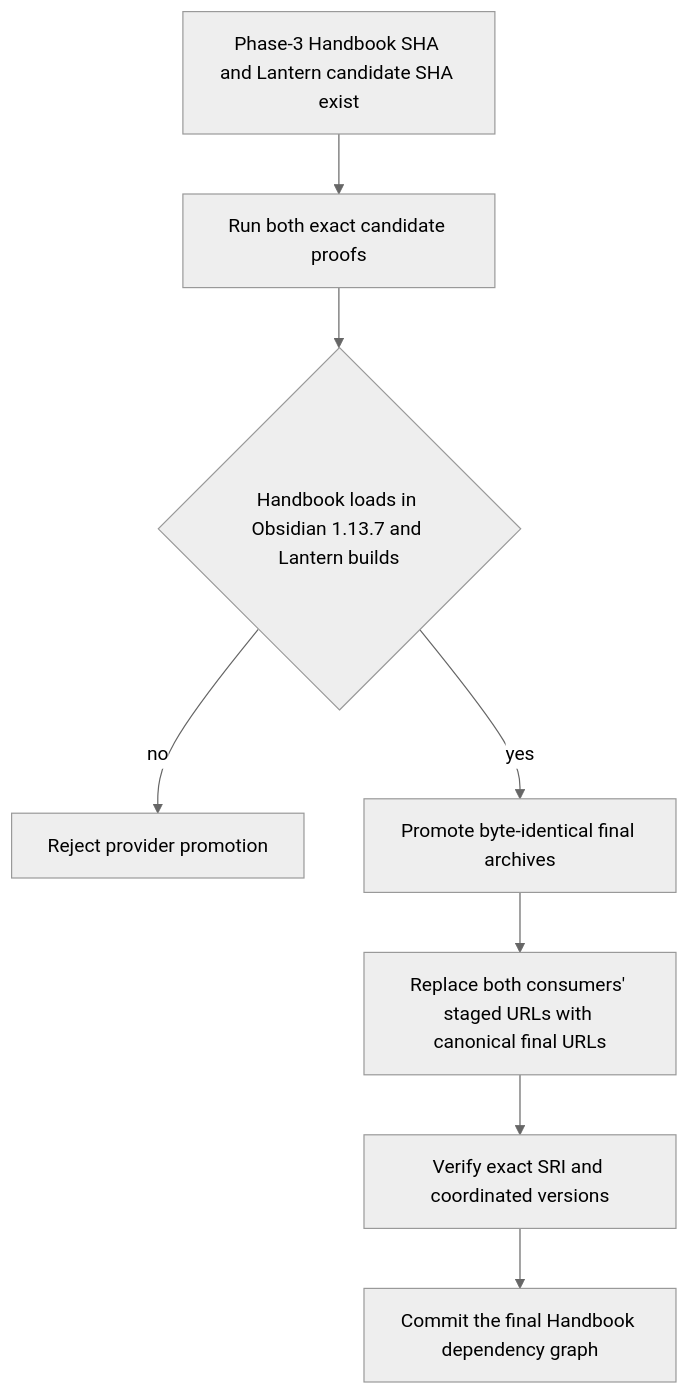
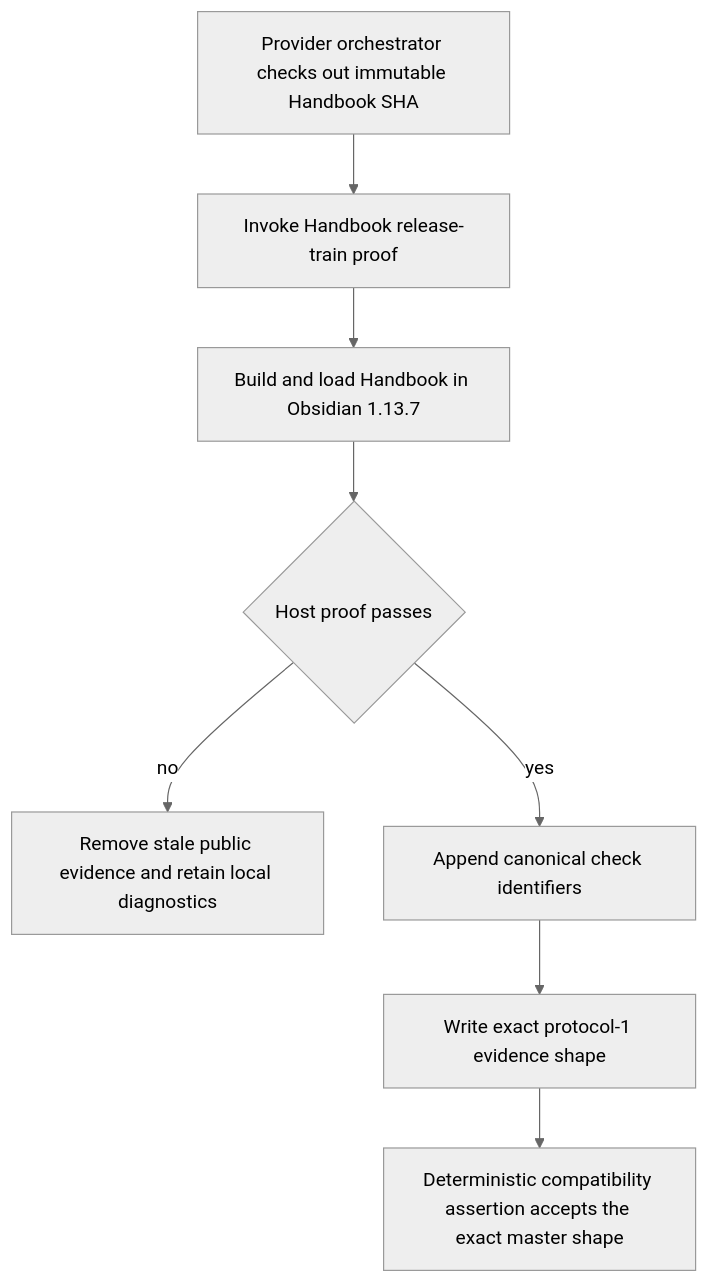
One commit to RebelliousSmile/obsidian-handbook changed the first of 2 diagrams in aidd_docs/tasks/2026_09/2026_09_25_handbook_plugin_load_failure/phase-4.md. Above: the diagram before and after it, drawn with Mermaid (neutral theme). The commit also changed other lines of this file and 12 other files, not shown here.

Commit message:
fix(release-train): conform Handbook evidence contract

````diff
--- a/aidd_docs/tasks/2026_09/2026_09_25_handbook_plugin_load_failure/phase-4.md
+++ b/aidd_docs/tasks/2026_09/2026_09_25_handbook_plugin_load_failure/phase-4.md
@@ -21,10 +24,10 @@
 ```mermaid
 flowchart TD
-  A[Phase-3 Handbook SHA and Lantern candidate SHA exist] --> B[Run both exact candidate proofs]
-  B --> C{Handbook loads in Obsidian 1.13.7 and Lantern builds}
-  C -->|no| D[Reject provider promotion]
-  C -->|yes| E[Promote byte-identical final archives]
-  E --> F[Replace both consumers' staged URLs with canonical final URLs]
-  F --> G[Verify exact SRI and coordinated versions]
-  G --> H[Commit the final Handbook dependency graph]
+  A[Provider orchestrator checks out immutable Handbook SHA] --> B[Invoke Handbook release-train proof]
+  B --> C[Build and load Handbook in Obsidian 1.13.7]
+  C --> D{Host proof passes}
+  D -->|no| E[Remove stale public evidence and retain local diagnostics]
+  D -->|yes| F[Append canonical check identifiers]
+  F --> G[Write exact protocol-1 evidence shape]
+  G --> H[Deterministic compatibility assertion accepts the exact master shape]
 ```
````
